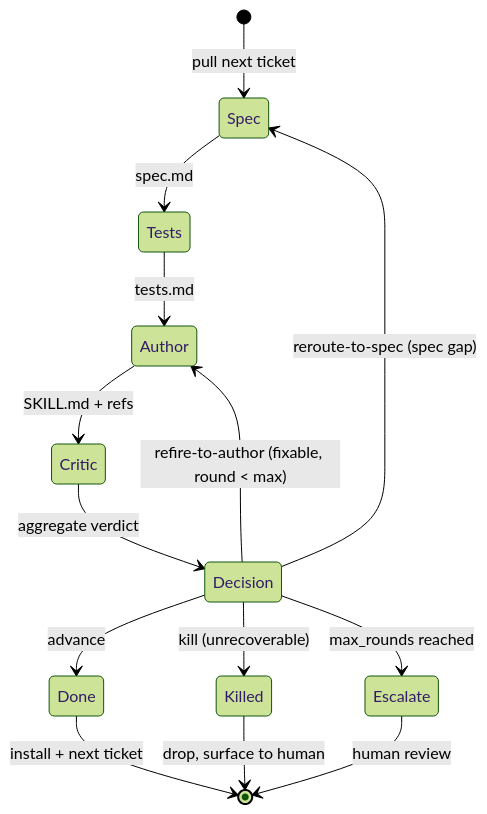
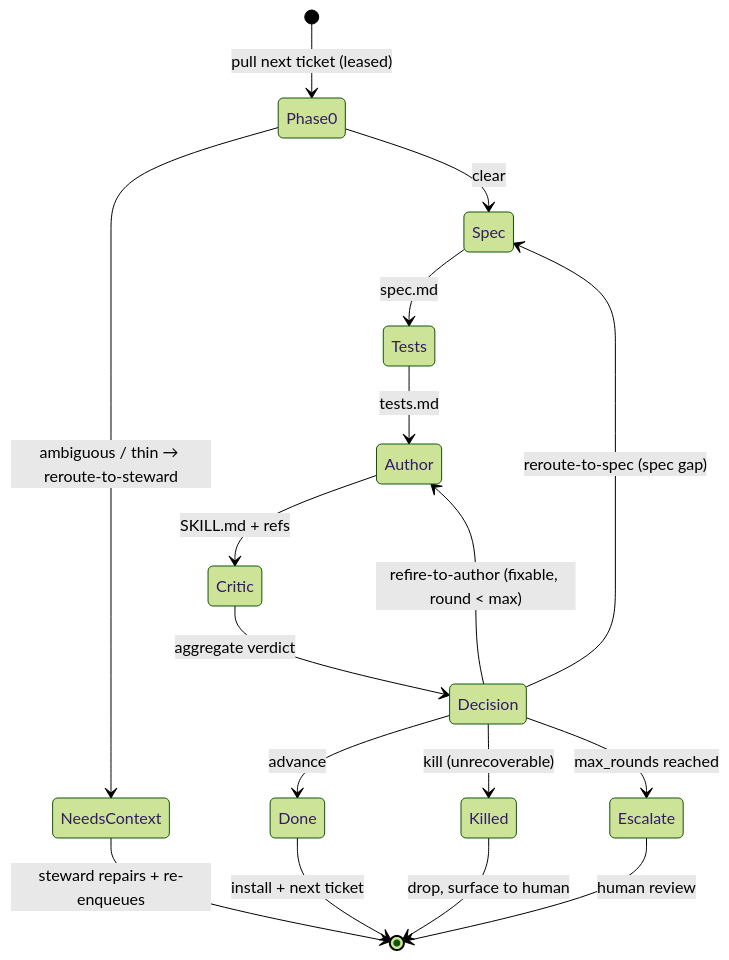
The diagram in plugins/skill-agent-brigade/skills/expo/SKILL.md (RayDataCo/ray-plugins), drawn with Mermaid (forest theme) before and after one commit. The commit also changed other lines of this file and 11 other files, not shown here.

First line of the commit message:
Steward + TICKET-CONTRACT + rail queue semantics (hexagonal ports)

````diff
--- a/plugins/skill-agent-brigade/skills/expo/SKILL.md
+++ b/plugins/skill-agent-brigade/skills/expo/SKILL.md
@@ -42,16 +45,19 @@
 ```mermaid
 stateDiagram-v2
-    [*] --> Spec: pull next ticket
+    [*] --> Phase0: pull next ticket (leased)
+    Phase0 --> Spec: clear
+    Phase0 --> NeedsContext: ambiguous / thin → reroute-to-steward
+    NeedsContext --> [*]: steward repairs + re-enqueues
     Spec --> Tests: spec.md
     Tests --> Author: tests.md
     Author --> Critic: SKILL.md + refs
     Critic --> Decision: aggregate verdict
     Decision --> Done: advance
     Decision --> Author: refire-to-author (fixable, round < max)
     Decision --> Spec: reroute-to-spec (spec gap)
     Decision --> Killed: kill (unrecoverable)
     Decision --> Escalate: max_rounds reached
     Done --> [*]: install + next ticket
     Killed --> [*]: drop, surface to human
     Escalate --> [*]: human review
 ```
````
